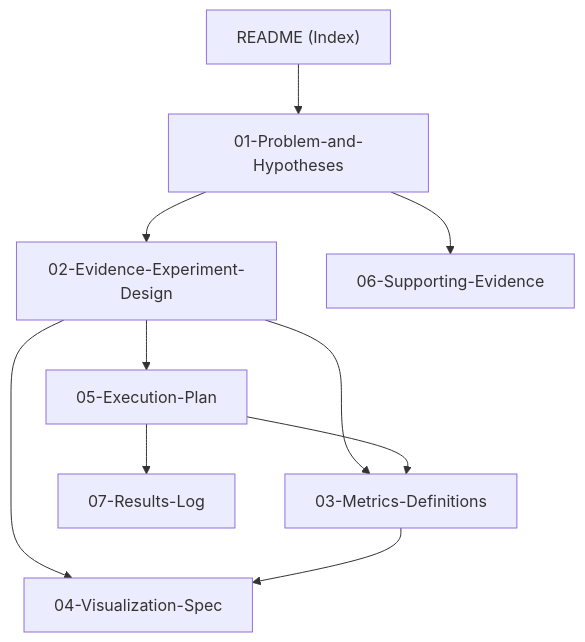
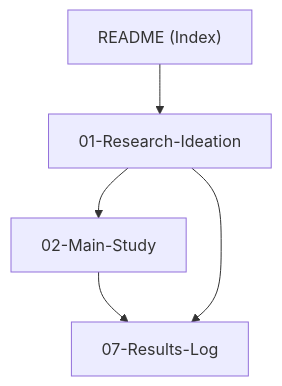
One commit to suryamanoj4/MLLM-quantization-research changed the diagram in obsidian-docs/README.md. Above: the diagram before and after it, drawn with Mermaid. The commit also changed other lines of this file and 10 other files, not shown here.

Commit message:
chore: redesign the experiment for as a pilot study

````diff
--- a/obsidian-docs/README.md
+++ b/obsidian-docs/README.md
@@ -31,12 +19,7 @@
 ```mermaid
 graph TD
-    A["README (Index)"] --> B["01-Problem-and-Hypotheses"]
-    B --> C["02-Evidence-Experiment-Design"]
-    C --> D["03-Metrics-Definitions"]
-    C --> E["04-Visualization-Spec"]
-    C --> F["05-Execution-Plan"]
-    B --> G["06-Supporting-Evidence"]
-    D --> E
-    F --> D
-    F --> H["07-Results-Log"]
+    A["README (Index)"] --> B["01-Research-Ideation"]
+    B --> C["02-Main-Study"]
+    C --> D["07-Results-Log"]
+    B --> D
 ```
````
